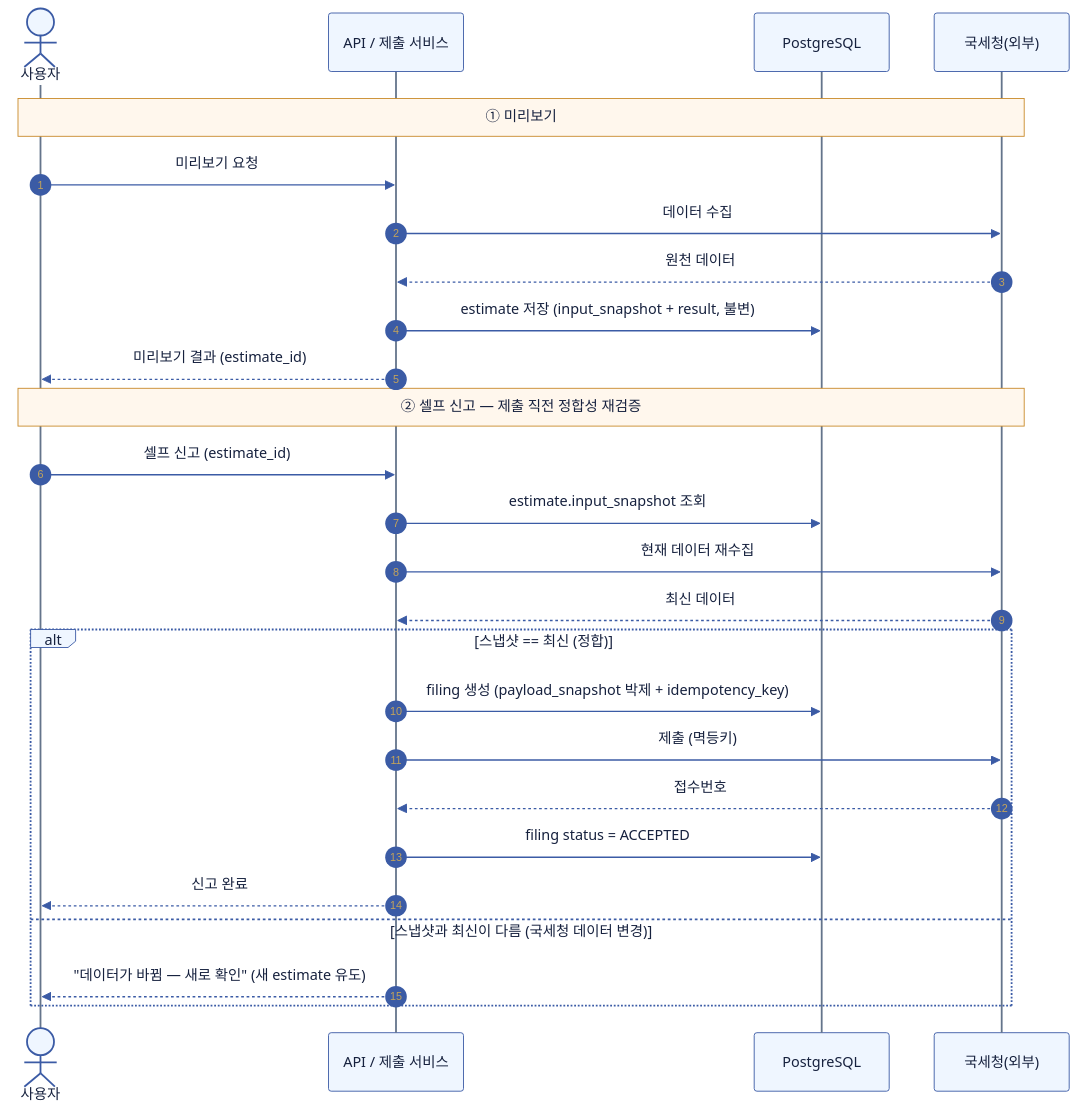
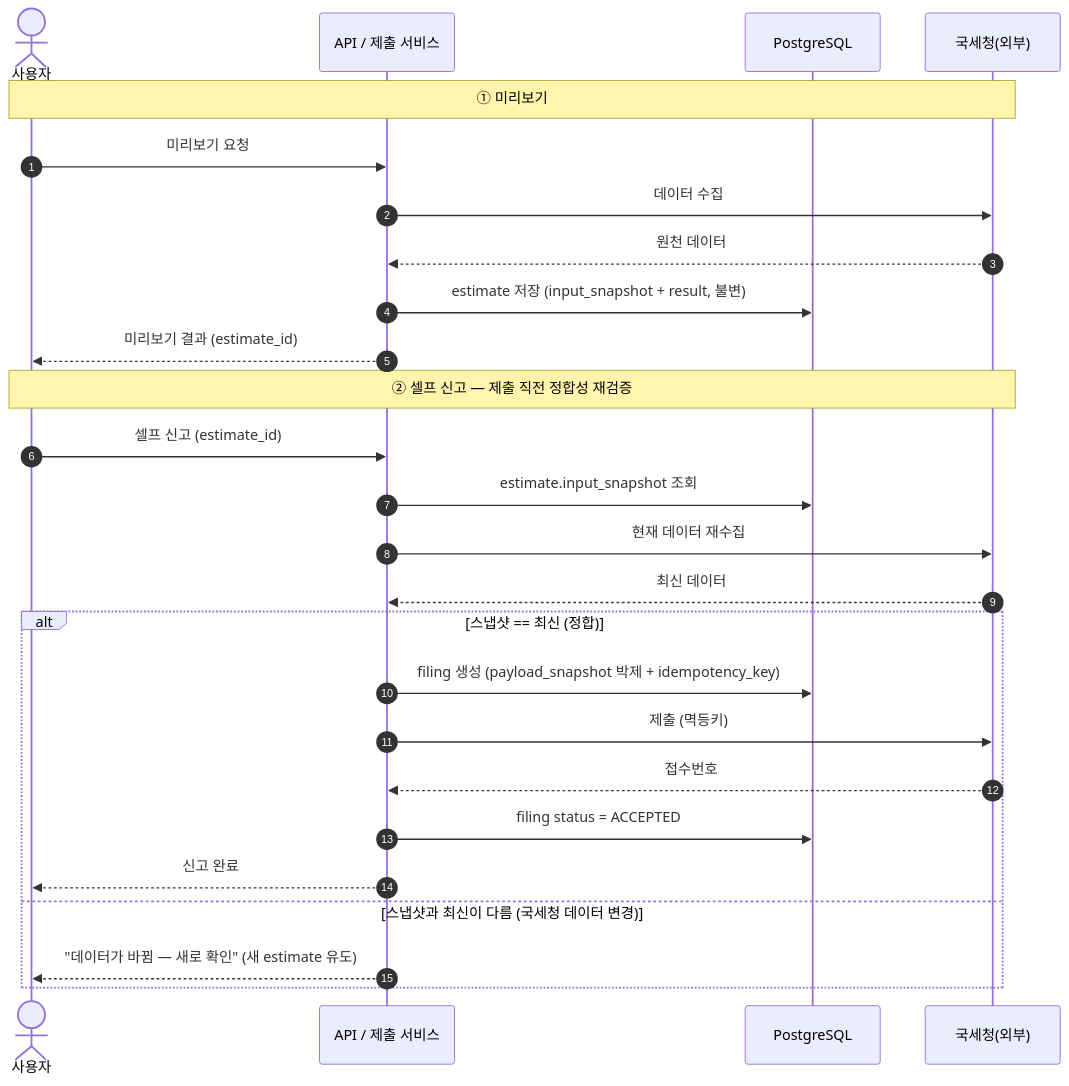
One commit to Hyune-s-lab/my-ai-study changed the fourth of 4 diagrams in system-design/2606-종소세-환급-설계.md. Above: the diagram before and after it, drawn with Mermaid. The commit also changed other lines of this file and 49 other files, not shown here.

Commit message:
docs: 단순 다이어그램은 Mermaid로, 복잡한 배치는 SVG로 정리

````diff
--- a/system-design/2606-종소세-환급-설계.md
+++ b/system-design/2606-종소세-환급-설계.md
@@ -322,31 +252,28 @@
 ```mermaid
 sequenceDiagram
-%%{init: {"theme": "base", "darkMode": false, "themeVariables": {"background": "#ffffff", "primaryColor": "#EFF6FF", "primaryTextColor": "#16213E", "primaryBorderColor": "#3B5BA5", "secondaryColor": "#F0FDF4", "tertiaryColor": "#FAF5FF", "lineColor": "#3B5BA5", "textColor": "#16213E", "edgeLabelBackground": "#ffffff", "actorBkg": "#EFF6FF", "actorBorder": "#3B5BA5", "actorTextColor": "#16213E", "signalColor": "#3B5BA5", "signalTextColor": "#16213E", "noteBkgColor": "#FFF7ED", "noteBorderColor": "#C98A2B", "noteTextColor": "#16213E", "labelBoxBkgColor": "#EFF6FF", "labelTextColor": "#16213E", "loopTextColor": "#16213E", "actorLineColor": "#64748B", "labelBoxBorderColor": "#3B5BA5"}}}%%
-    autonumber
-    actor U as 사용자
-    participant API as API / 제출 서비스
-    participant DB as PostgreSQL
-    participant NTS as 국세청(외부)
-  rect rgb(255, 255, 255)
-      Note over U,NTS: ① 미리보기
-      U->>API: 미리보기 요청
-      API->>NTS: 데이터 수집
-      NTS-->>API: 원천 데이터
-      API->>DB: estimate 저장 (input_snapshot + result, 불변)
-      API-->>U: 미리보기 결과 (estimate_id)
-      Note over U,NTS: ② 셀프 신고 — 제출 직전 정합성 재검증
-      U->>API: 셀프 신고 (estimate_id)
-      API->>DB: estimate.input_snapshot 조회
-      API->>NTS: 현재 데이터 재수집
-      NTS-->>API: 최신 데이터
-      alt 스냅샷 == 최신 (정합)
-          API->>DB: filing 생성 (payload_snapshot 박제 + idempotency_key)
-          API->>NTS: 제출 (멱등키)
-          NTS-->>API: 접수번호
-          API->>DB: filing status = ACCEPTED
-          API-->>U: 신고 완료
-      else 스냅샷과 최신이 다름 (국세청 데이터 변경)
-          API-->>U: "데이터가 바뀜 — 새로 확인" (새 estimate 유도)
-      end
+  autonumber
+  actor U as 사용자
+  participant API as API / 제출 서비스
+  participant DB as PostgreSQL
+  participant NTS as 국세청(외부)
+  Note over U,NTS: ① 미리보기
+  U->>API: 미리보기 요청
+  API->>NTS: 데이터 수집
+  NTS-->>API: 원천 데이터
+  API->>DB: estimate 저장 (input_snapshot + result, 불변)
+  API-->>U: 미리보기 결과 (estimate_id)
+  Note over U,NTS: ② 셀프 신고 — 제출 직전 정합성 재검증
+  U->>API: 셀프 신고 (estimate_id)
+  API->>DB: estimate.input_snapshot 조회
+  API->>NTS: 현재 데이터 재수집
+  NTS-->>API: 최신 데이터
+  alt 스냅샷 == 최신 (정합)
+    API->>DB: filing 생성 (payload_snapshot 박제 + idempotency_key)
+    API->>NTS: 제출 (멱등키)
+    NTS-->>API: 접수번호
+    API->>DB: filing status = ACCEPTED
+    API-->>U: 신고 완료
+  else 스냅샷과 최신이 다름 (국세청 데이터 변경)
+    API-->>U: "데이터가 바뀜 — 새로 확인" (새 estimate 유도)
   end
 ```
````
